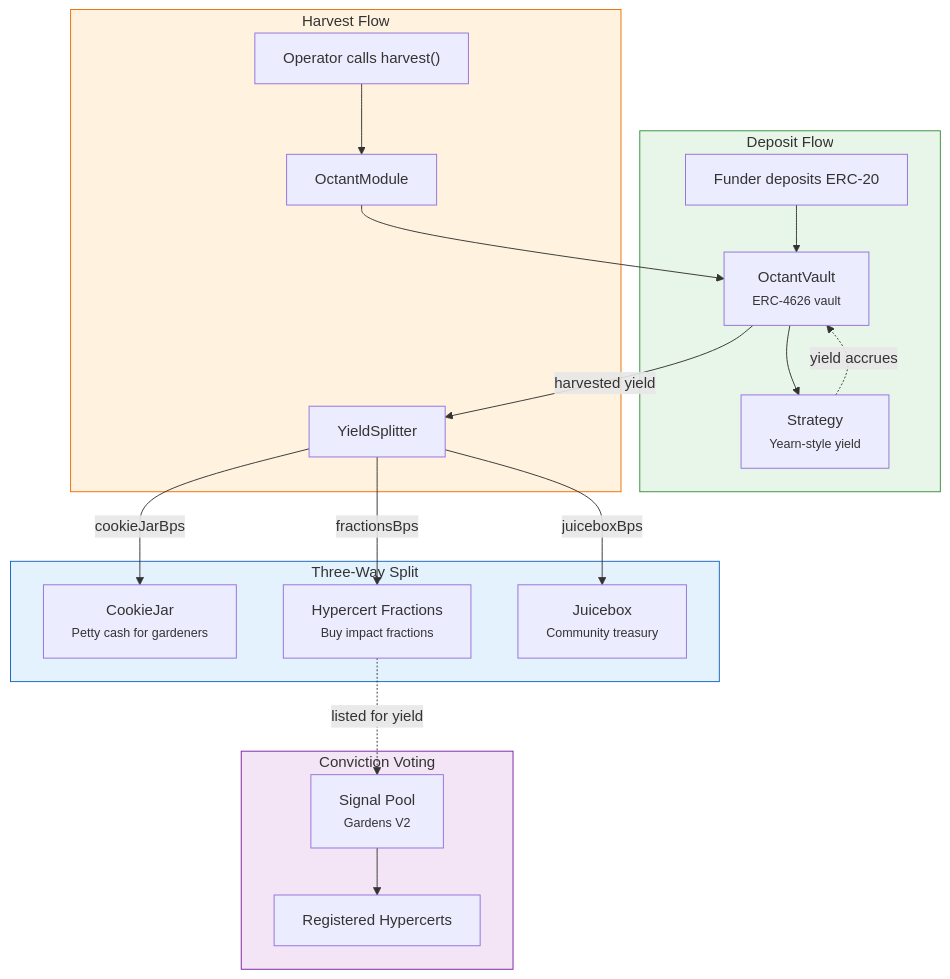
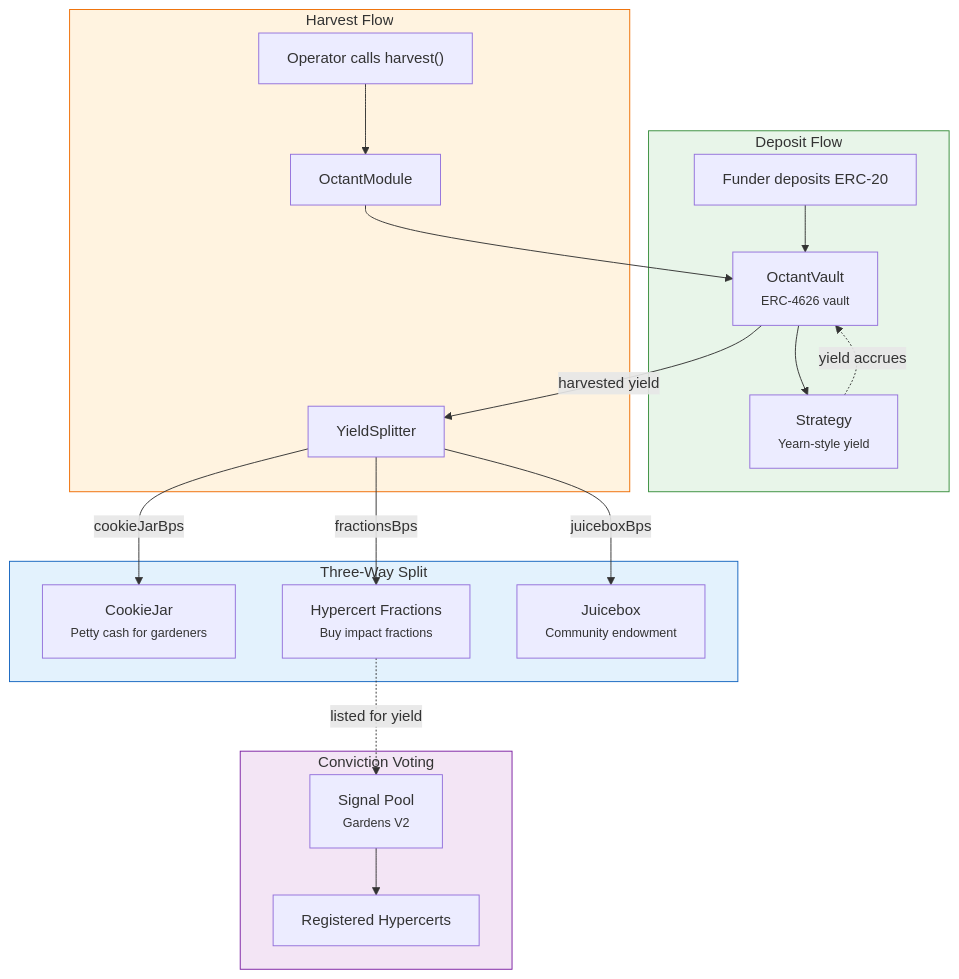
Before and after one commit to greenpill-dev-guild/green-goods: the seventh of 9 diagrams in docs/docs/developers/architecture.mdx, drawn with Mermaid. The commit also changed 123 other files, not shown here.

````diff
--- a/docs/docs/developers/architecture.mdx
+++ b/docs/docs/developers/architecture.mdx
@@ -345,45 +345,45 @@
 ```mermaid
 graph TD
     subgraph Deposit["Deposit Flow"]
         D1["Funder deposits ERC-20"]
         D2["OctantVault<br/><small>ERC-4626 vault</small>"]
         D3["Strategy<br/><small>Yearn-style yield</small>"]
     end
 
     subgraph Harvest["Harvest Flow"]
         H1["Operator calls harvest()"]
         H2["OctantModule"]
         H3["YieldSplitter"]
     end
 
     subgraph Split["Three-Way Split"]
         S1["CookieJar<br/><small>Petty cash for gardeners</small>"]
         S2["Hypercert Fractions<br/><small>Buy impact fractions</small>"]
-        S3["Juicebox<br/><small>Community treasury</small>"]
+        S3["Juicebox<br/><small>Community endowment</small>"]
     end
 
     subgraph Governance["Conviction Voting"]
         CV["Signal Pool<br/><small>Gardens V2</small>"]
         HP["Registered Hypercerts"]
     end
 
     D1 --> D2
     D2 --> D3
     D3 -.->|yield accrues| D2
 
     H1 --> H2
     H2 --> D2
     D2 -->|harvested yield| H3
 
     H3 -->|cookieJarBps| S1
     H3 -->|fractionsBps| S2
     H3 -->|juiceboxBps| S3
 
     S2 -.->|listed for yield| CV
     CV --> HP
 
     style Deposit fill:#e8f5e9,stroke:#388e3c
     style Harvest fill:#fff3e0,stroke:#ef6c00
     style Split fill:#e3f2fd,stroke:#1565c0
     style Governance fill:#f3e5f5,stroke:#7b1fa2
 ```
````
